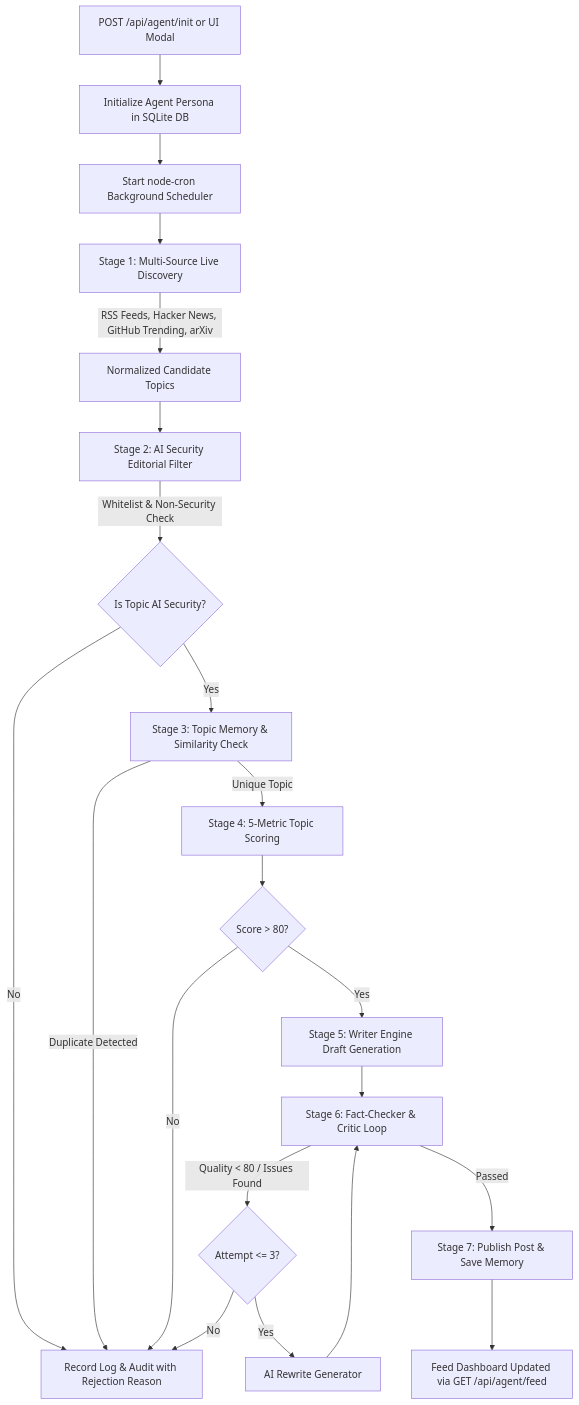
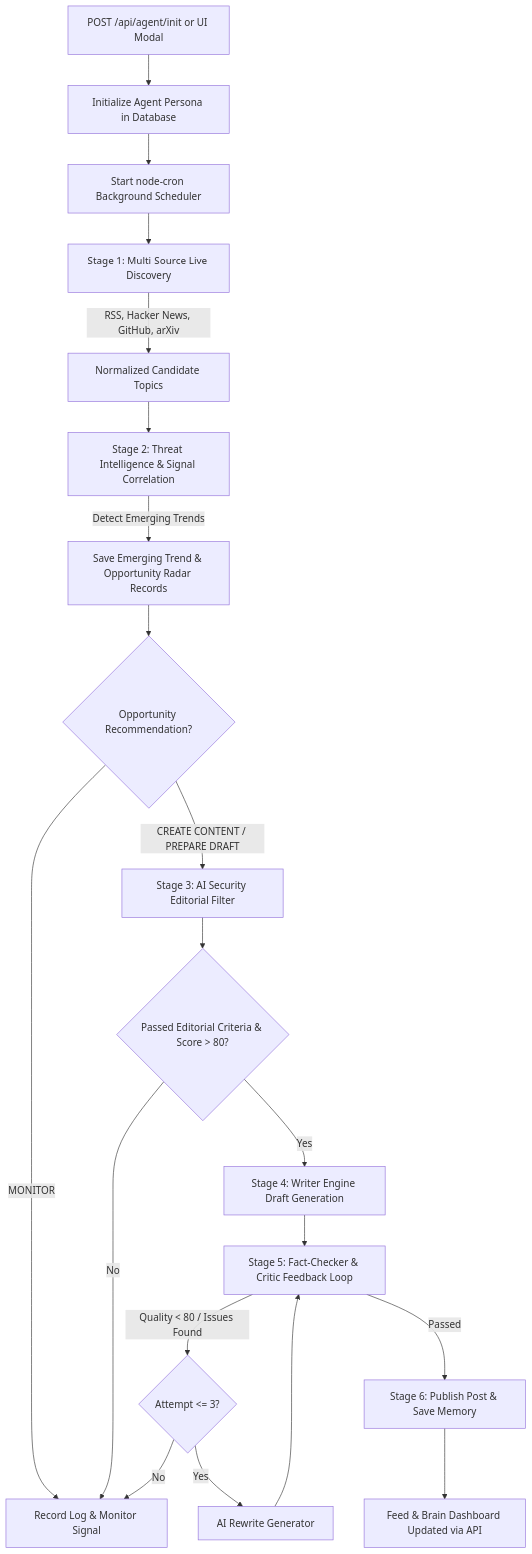
One commit to aayushirawat0987-ops/autonomous-ai- changed the diagram in README.md. Above: the diagram before and after it, drawn with Mermaid. The commit also changed other lines of this file, not shown here.

Commit message:
Update README with Threat Intelligence Engine, Opportunity Radar, and Vercel deployment docs

````diff
--- a/README.md
+++ b/README.md
@@ -52,23 +56,22 @@
 ```mermaid
 flowchart TD
-    A[POST /api/agent/init or UI Modal] --> B[Initialize Agent Persona in SQLite DB]
+    A[POST /api/agent/init or UI Modal] --> B[Initialize Agent Persona in Database]
     B --> C[Start node-cron Background Scheduler]
     C --> D[Stage 1: Multi-Source Live Discovery]
-    D -->|RSS Feeds, Hacker News, GitHub Trending, arXiv| E[Normalized Candidate Topics]
-    E --> F[Stage 2: AI Security Editorial Filter]
-    F -->|Whitelist & Non-Security Check| G{Is Topic AI Security?}
-    G -->|No| H[Record Log & Audit with Rejection Reason]
-    G -->|Yes| I[Stage 3: Topic Memory & Similarity Check]
-    I -->|Duplicate Detected| H
-    I -->|Unique Topic| J[Stage 4: 5-Metric Topic Scoring]
-    J --> K{Score > 80?}
-    K -->|No| H
-    K -->|Yes| L[Stage 5: Writer Engine Draft Generation]
-    L --> M[Stage 6: Fact-Checker & Critic Loop]
+    D -->|RSS, Hacker News, GitHub, arXiv| E[Normalized Candidate Topics]
+    E --> F[Stage 2: Threat Intelligence & Signal Correlation]
+    F -->|Detect Emerging Trends| G[Save Emerging Trend & Opportunity Radar Records]
+    G --> H{Opportunity Recommendation?}
+    H -->|MONITOR| I[Record Log & Monitor Signal]
+    H -->|CREATE CONTENT / PREPARE DRAFT| J[Stage 3: AI Security Editorial Filter]
+    J --> K{Passed Editorial Criteria & Score > 80?}
+    K -->|No| I
+    K -->|Yes| L[Stage 4: Writer Engine Draft Generation]
+    L --> M[Stage 5: Fact-Checker & Critic Feedback Loop]
     M -->|Quality < 80 / Issues Found| N{Attempt <= 3?}
     N -->|Yes| O[AI Rewrite Generator]
     O --> M
-    N -->|No| H
-    M -->|Passed| P[Stage 7: Publish Post & Save Memory]
-    P --> Q[Feed Dashboard Updated via GET /api/agent/feed]
+    N -->|No| I
+    M -->|Passed| P[Stage 6: Publish Post & Save Memory]
+    P --> Q[Feed & Brain Dashboard Updated via API]
 ```
````
